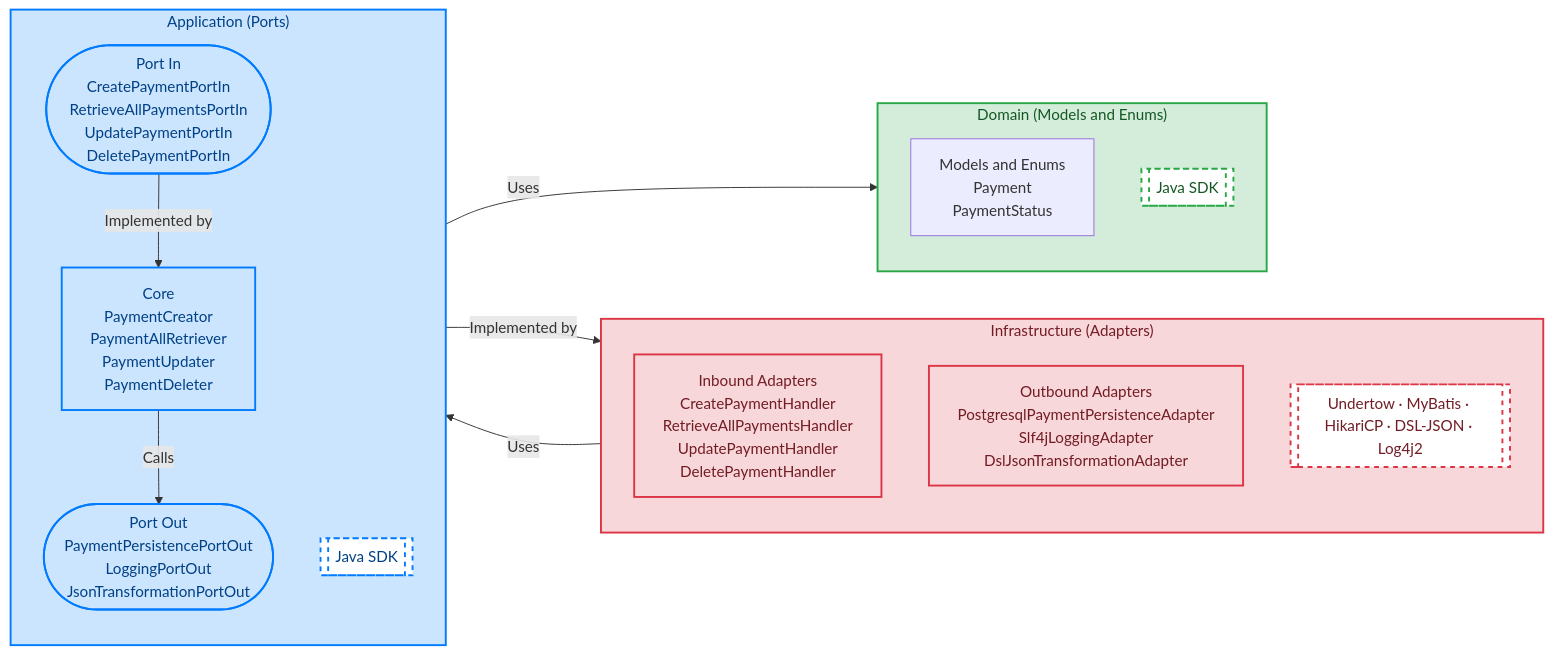
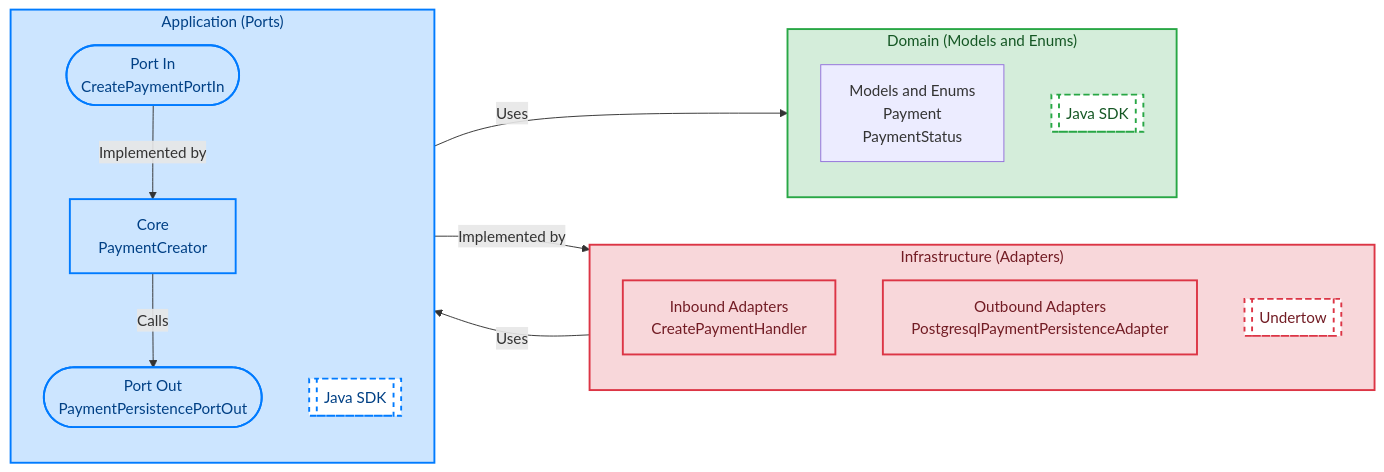
Before and after one commit to b0gg4rd/ports-and-adapters-reference: the diagram in undertow-postgresql/README.md, drawn with Mermaid. The commit also changed 1 other file, not shown here.

Commit message:
test(resources): add prod environment

````diff
--- a/undertow-postgresql/README.md
+++ b/undertow-postgresql/README.md
@@ -22,39 +22,39 @@
 ```mermaid
 flowchart LR
   subgraph Infrastructure ["Infrastructure (Adapters)"]
     direction TB
-    A_IN[Inbound Adapters\nCreatePaymentHandler\nRetrieveAllPaymentsHandler\nUpdatePaymentHandler\nDeletePaymentHandler]
-    A_OUT[Outbound Adapters\nPostgresqlPaymentPersistenceAdapter\nSlf4jLoggingAdapter\nDslJsonTransformationAdapter]
-    FW[[Undertow · MyBatis · HikariCP · DSL-JSON · Log4j2]]
+    A_IN[Inbound Adapters\nCreatePaymentHandler]
+    A_OUT[Outbound Adapters\nPostgresqlPaymentPersistenceAdapter]
+    FW[["Undertow"]]
   end
 
   subgraph Application ["Application (Ports)"]
     direction TB
-    P_IN([Port In\nCreatePaymentPortIn\nRetrieveAllPaymentsPortIn\nUpdatePaymentPortIn\nDeletePaymentPortIn])
-    CORE[Core\nPaymentCreator\nPaymentAllRetriever\nPaymentUpdater\nPaymentDeleter]
-    P_OUT([Port Out\nPaymentPersistencePortOut\nLoggingPortOut\nJsonTransformationPortOut])
+    P_IN([Port In\nCreatePaymentPortIn])
+    CORE[Core\nPaymentCreator]
+    P_OUT([Port Out\nPaymentPersistencePortOut])
     J_APP[[Java SDK]]
   end
 
   subgraph Domain ["Domain (Models and Enums)"]
     direction TB
     D_ENT[Models and Enums\nPayment\nPaymentStatus]
     J_DOM[[Java SDK]]
   end
 
   A_IN -->|Uses| P_IN
   P_IN -->|Implemented by| CORE
   CORE -->|Uses| D_ENT
   CORE -->|Calls| P_OUT
   P_OUT -->|Implemented by| A_OUT
 
   classDef domain fill:#d4edda,stroke:#28a745,stroke-width:2px,color:#155724;
   classDef app fill:#cce5ff,stroke:#007bff,stroke-width:2px,color:#004085;
   classDef infra fill:#f8d7da,stroke:#dc3545,stroke-width:2px,color:#721c24;
   classDef techLabel fill:#fff,stroke-dasharray: 5 5;
 
   class Domain,J_DOM domain;
   class Application,P_IN,P_OUT,CORE,J_APP app;
   class Infrastructure,A_IN,A_OUT,FW infra;
   class J_APP,J_DOM,FW techLabel;
 ```
````
